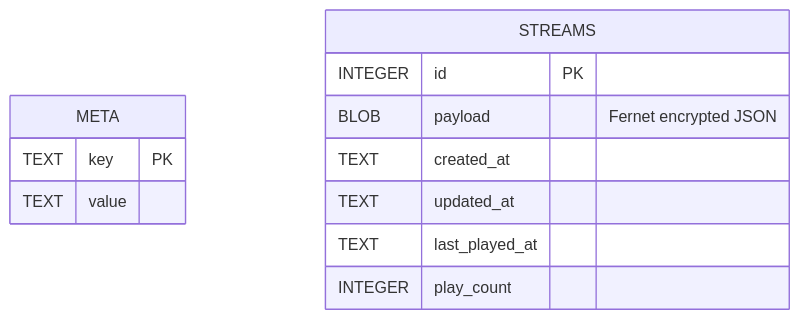
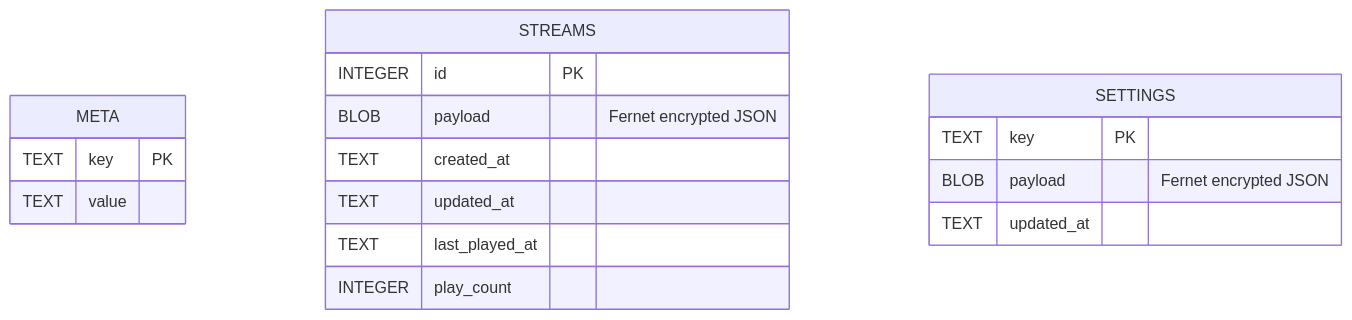
The fourth of 5 diagrams in README.md (ornab74/twitchaudio), drawn with Mermaid before and after one commit. The commit also changed other lines of this file and 6 other files, not shown here.

````diff
--- a/README.md
+++ b/README.md
@@ -113,16 +120,22 @@
 ```mermaid
 erDiagram
     META {
         TEXT key PK
         TEXT value
     }
 
     STREAMS {
         INTEGER id PK
         BLOB payload "Fernet encrypted JSON"
         TEXT created_at
         TEXT updated_at
         TEXT last_played_at
         INTEGER play_count
     }
+
+    SETTINGS {
+        TEXT key PK
+        BLOB payload "Fernet encrypted JSON"
+        TEXT updated_at
+    }
 ```
````
